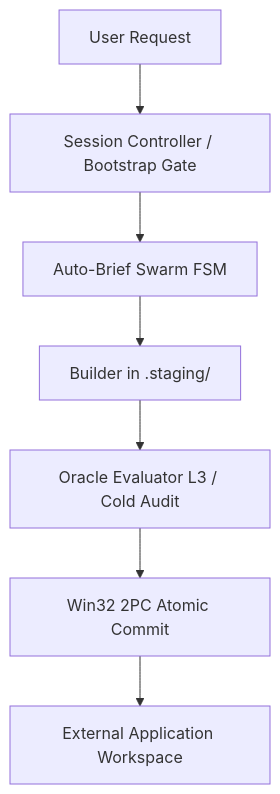
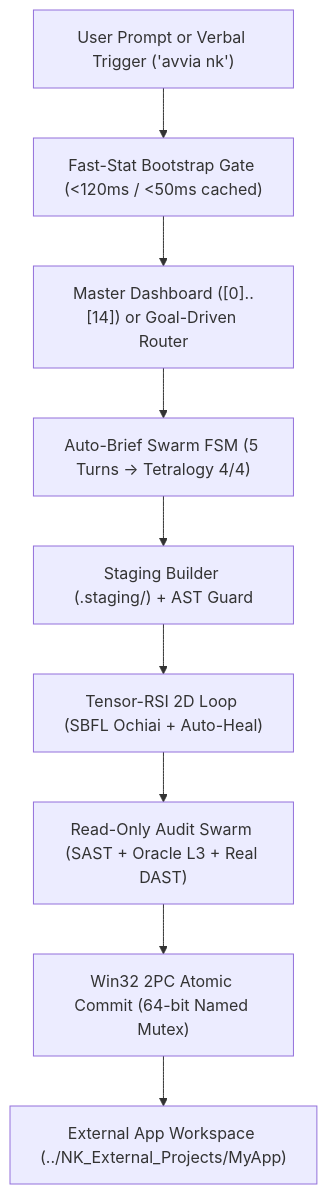
Before and after one commit to erbaldo86/NK-Hub: the first of 2 diagrams in README.md, drawn with Mermaid. The commit also changed other lines of this file and 192 other files, not shown here.

Commit message:
release(v3.1.0-Tensor-RSI): architettura Tensor-RSI 2D, 108 Golden Tests Zero-Mock, CoVe CLI AST Gate e tutorial bilingue EN/IT

````diff
--- a/README.md
+++ b/README.md
@@ -66,9 +68,11 @@
 ```mermaid
-graph TD
-    A[User Request] --> B[Session Controller / Bootstrap Gate]
-    B --> C[Auto-Brief Swarm FSM]
-    C --> D[Builder in .staging/]
-    D --> E[Oracle Evaluator L3 / Cold Audit]
-    E --> F[Win32 2PC Atomic Commit]
-    F --> G[External Application Workspace]
+flowchart TD
+    U["User Prompt or Verbal Trigger ('avvia nk')"] --> B["Fast-Stat Bootstrap Gate (<120ms / <50ms cached)"]
+    B --> M["Master Dashboard ([0]..[14]) or Goal-Driven Router"]
+    M --> P["Auto-Brief Swarm FSM (5 Turns -> Tetralogy 4/4)"]
+    P --> S["Staging Builder (.staging/) + AST Guard"]
+    S --> R["Tensor-RSI 2D Loop (SBFL Ochiai + Auto-Heal)"]
+    R --> A["Read-Only Audit Swarm (SAST + Oracle L3 + Real DAST)"]
+    A --> C["Win32 2PC Atomic Commit (64-bit Named Mutex)"]
+    C --> E["External App Workspace (../NK_External_Projects/MyApp)"]
 ```
````
